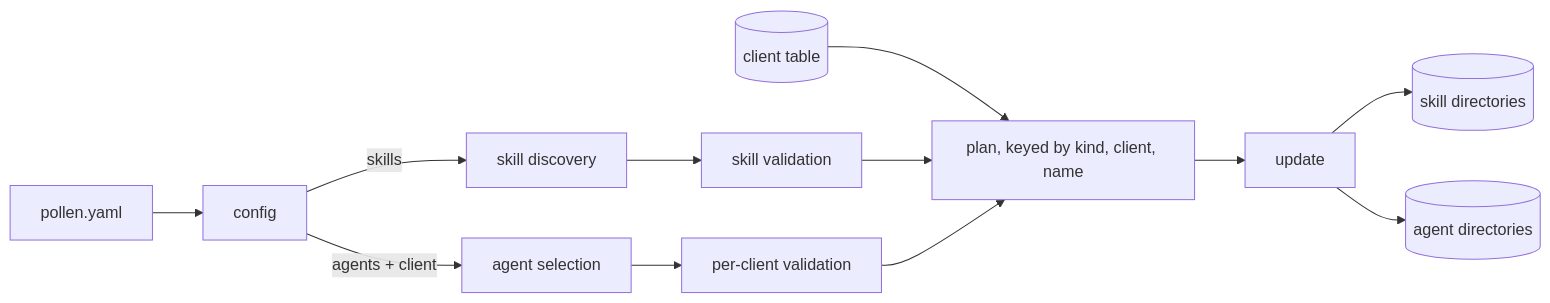
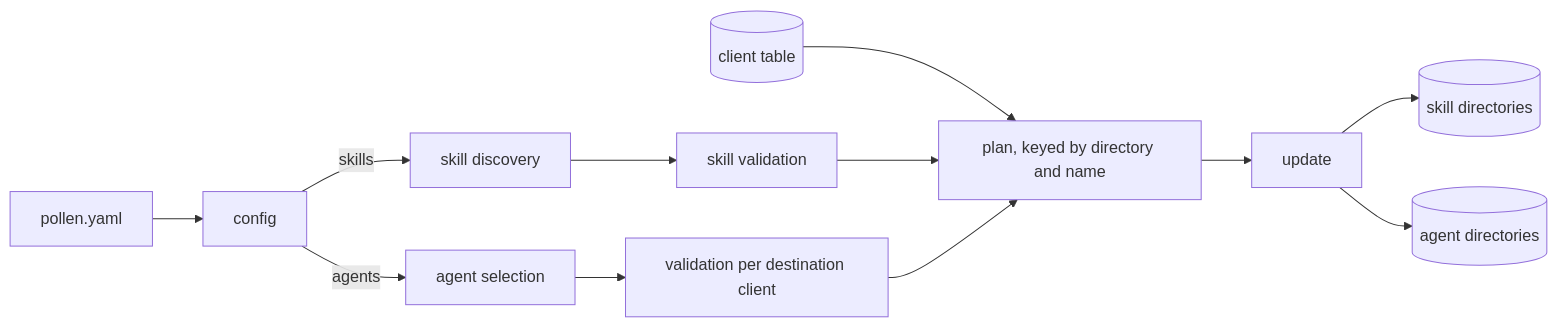
One commit to groupbees/pollen changed the diagram in docs/adr/0004-deploy-agent-definitions-verbatim-per-client.md. Above: the diagram before and after it, drawn with Mermaid. The commit also changed other lines of this file and 28 other files, not shown here.

First line of the commit message:
Name the clients claude-code and opencode, and let each entry name its destination (#101)

````diff
--- a/docs/adr/0004-deploy-agent-definitions-verbatim-per-client.md
+++ b/docs/adr/0004-deploy-agent-definitions-verbatim-per-client.md
@@ -100,14 +115,14 @@
 ```mermaid
 flowchart LR
     yaml[pollen.yaml] --> config[config]
     config -->|skills| skilldiscovery[skill discovery]
-    config -->|agents + client| agents[agent selection]
+    config -->|agents| agents[agent selection]
     skilldiscovery --> skill[skill validation]
-    agents --> agentcheck[per-client validation]
+    agents --> agentcheck[validation per destination client]
     clients[(client table)] --> plan
-    skill --> plan[plan, keyed by kind, client, name]
+    skill --> plan[plan, keyed by directory and name]
     agentcheck --> plan
     plan --> update[update]
     update --> skilldirs[(skill directories)]
     update --> agentdirs[(agent directories)]
 ```
````
